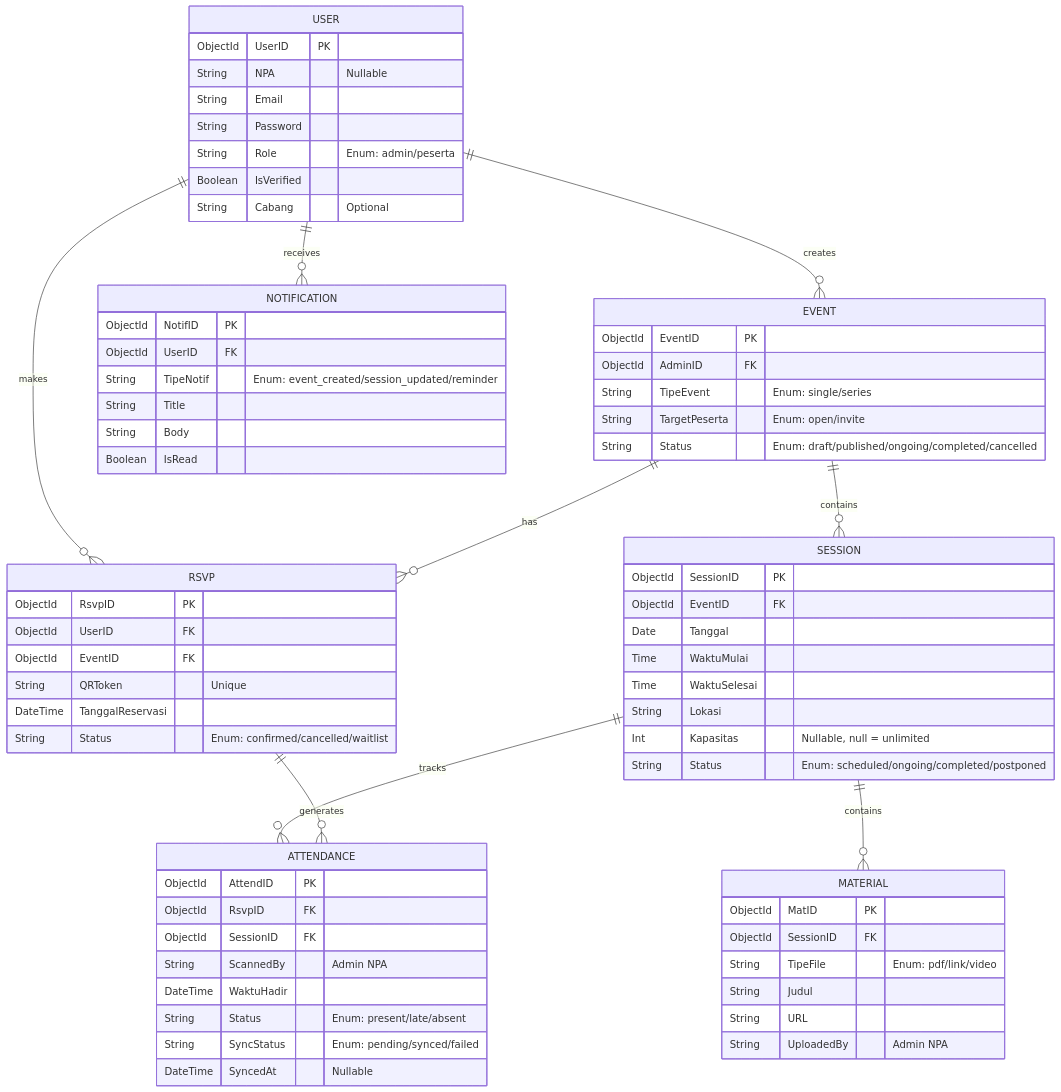
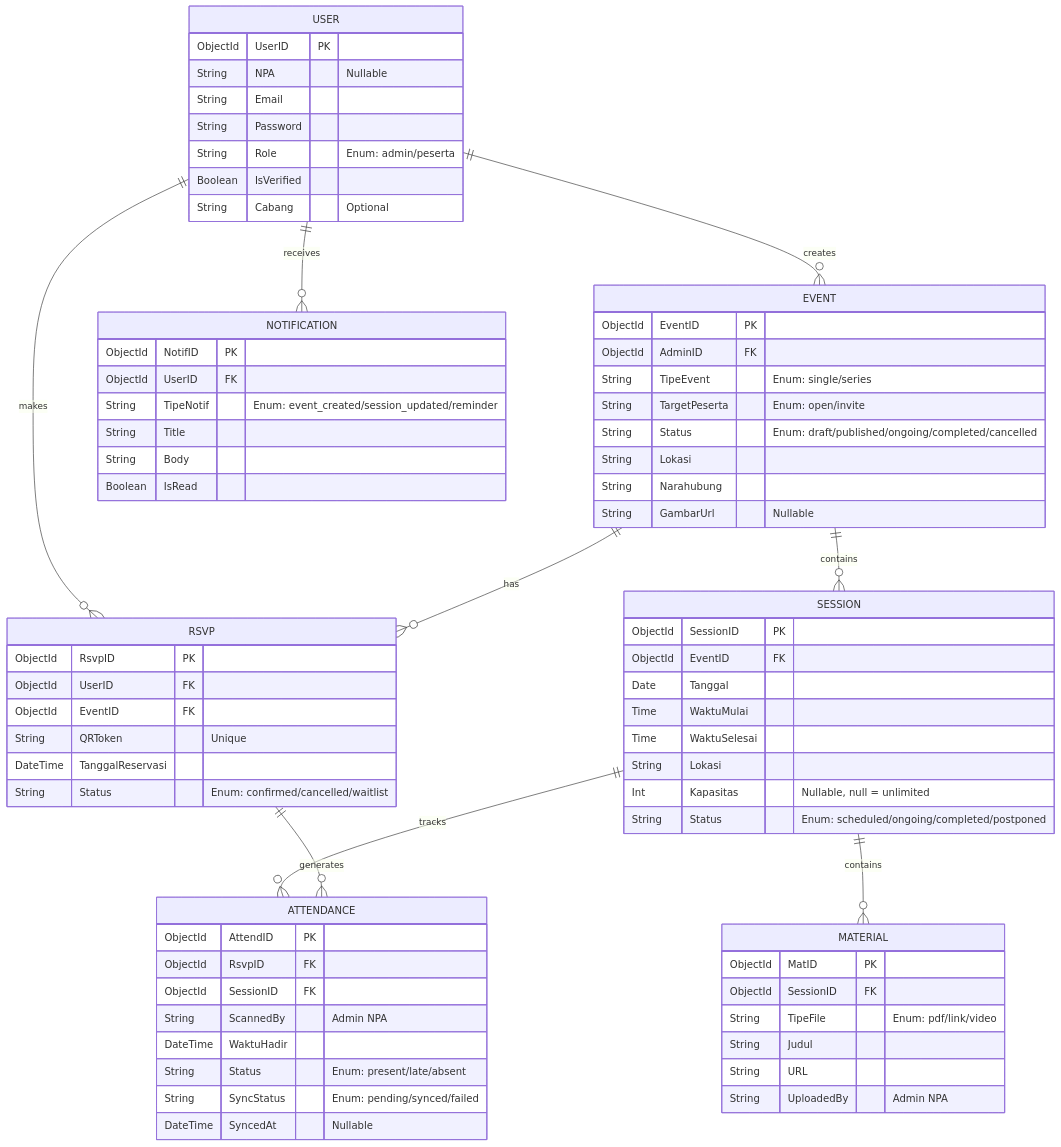
The first of 4 diagrams in .docs/md/spesifikasi-topik.md (ikhsan3adi/kegiatin), drawn with Mermaid before and after one commit. The commit also changed 2 other files, not shown here.

Commit message:
docs(api): add image upload endpoint & update event creation
Introduces new fields `contactPerson` and `imageUrl` for events.
The `imageUrl` field is populated via a new `/uploads/image` endpoint.
Updates event creation DTO to require a `sessions` array instead of direct
`startTime` and `endTime` on the event object.
ER diagrams in documentation are also updated.

```diff
--- a/.docs/md/spesifikasi-topik.md
+++ b/.docs/md/spesifikasi-topik.md
@@ -363,6 +363,9 @@
         String TipeEvent "Enum: single/series"
         String TargetPeserta "Enum: open/invite"
         String Status "Enum: draft/published/ongoing/completed/cancelled"
+        String Lokasi
+        String Narahubung
+        String GambarUrl "Nullable"
     }
     
     SESSION {
```
